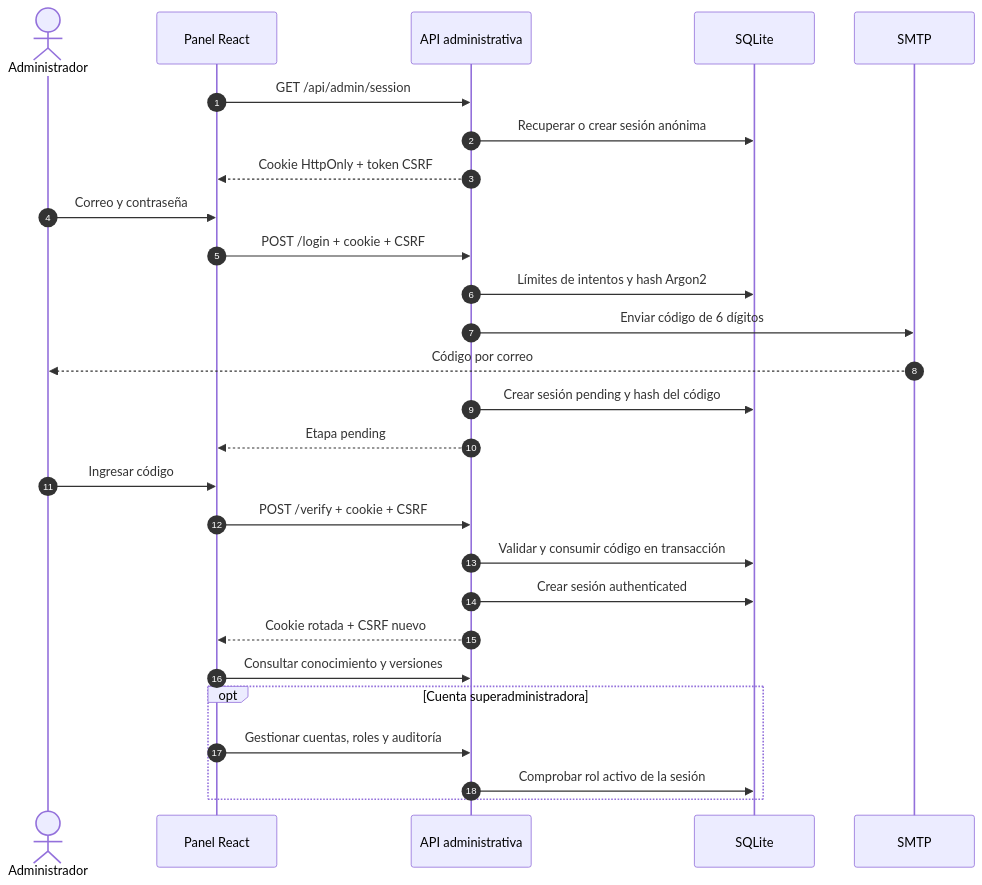
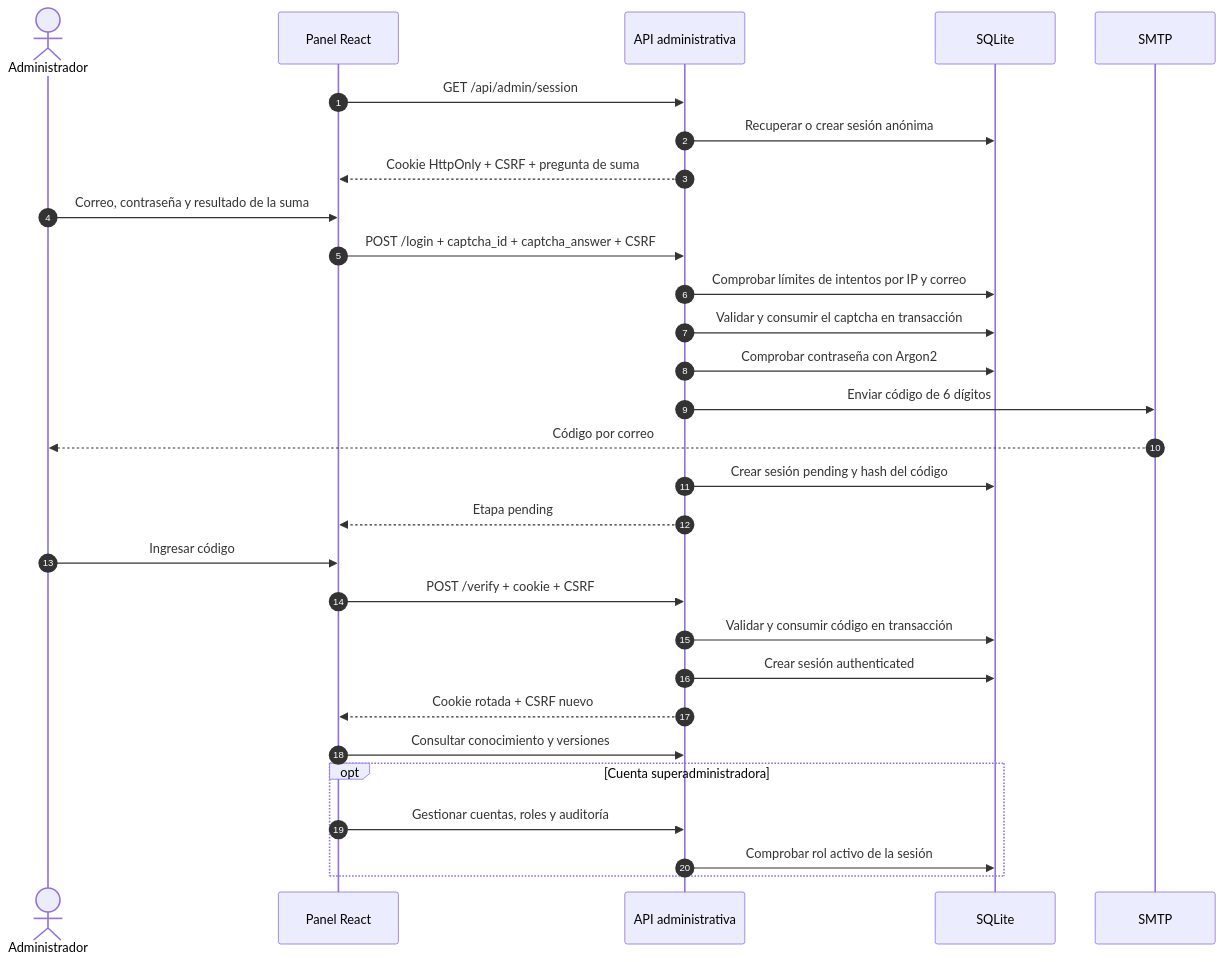
The seventh of 9 diagrams in Arquitectura.md (NebyX1/invest-lavalleja-rag-chat), drawn with Mermaid before and after one commit. The commit also changed other lines of this file and 19 other files, not shown here.

````diff
--- a/Arquitectura.md
+++ b/Arquitectura.md
@@ -511,30 +513,32 @@
 ```mermaid
 sequenceDiagram
     autonumber
     actor A as Administrador
     participant UI as Panel React
     participant API as API administrativa
     participant DB as SQLite
     participant M as SMTP
 
     UI->>API: GET /api/admin/session
     API->>DB: Recuperar o crear sesión anónima
-    API-->>UI: Cookie HttpOnly + token CSRF
-    A->>UI: Correo y contraseña
-    UI->>API: POST /login + cookie + CSRF
-    API->>DB: Límites de intentos y hash Argon2
+    API-->>UI: Cookie HttpOnly + CSRF + pregunta de suma
+    A->>UI: Correo, contraseña y resultado de la suma
+    UI->>API: POST /login + captcha_id + captcha_answer + CSRF
+    API->>DB: Comprobar límites de intentos por IP y correo
+    API->>DB: Validar y consumir el captcha en transacción
+    API->>DB: Comprobar contraseña con Argon2
     API->>M: Enviar código de 6 dígitos
     M-->>A: Código por correo
     API->>DB: Crear sesión pending y hash del código
     API-->>UI: Etapa pending
     A->>UI: Ingresar código
     UI->>API: POST /verify + cookie + CSRF
     API->>DB: Validar y consumir código en transacción
     API->>DB: Crear sesión authenticated
     API-->>UI: Cookie rotada + CSRF nuevo
     UI->>API: Consultar conocimiento y versiones
     opt Cuenta superadministradora
         UI->>API: Gestionar cuentas, roles y auditoría
         API->>DB: Comprobar rol activo de la sesión
     end
 ```
````
